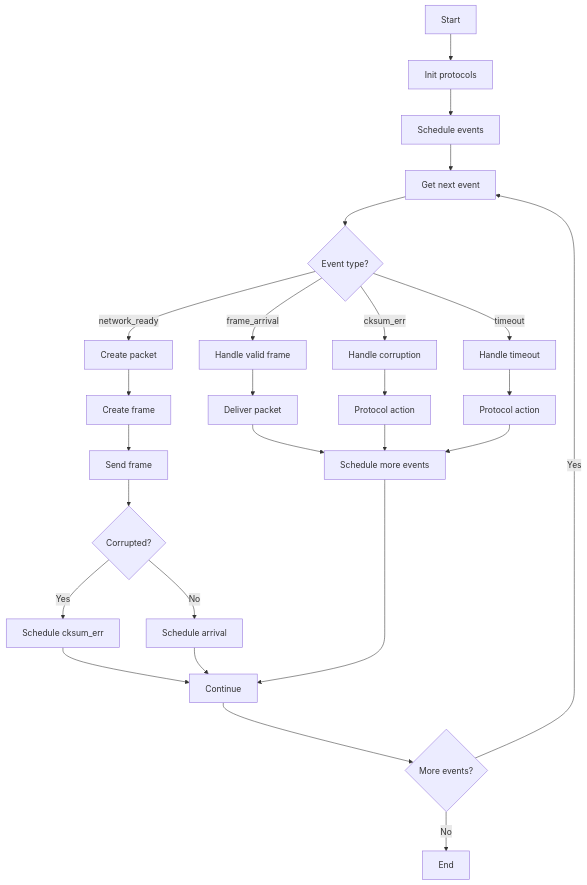
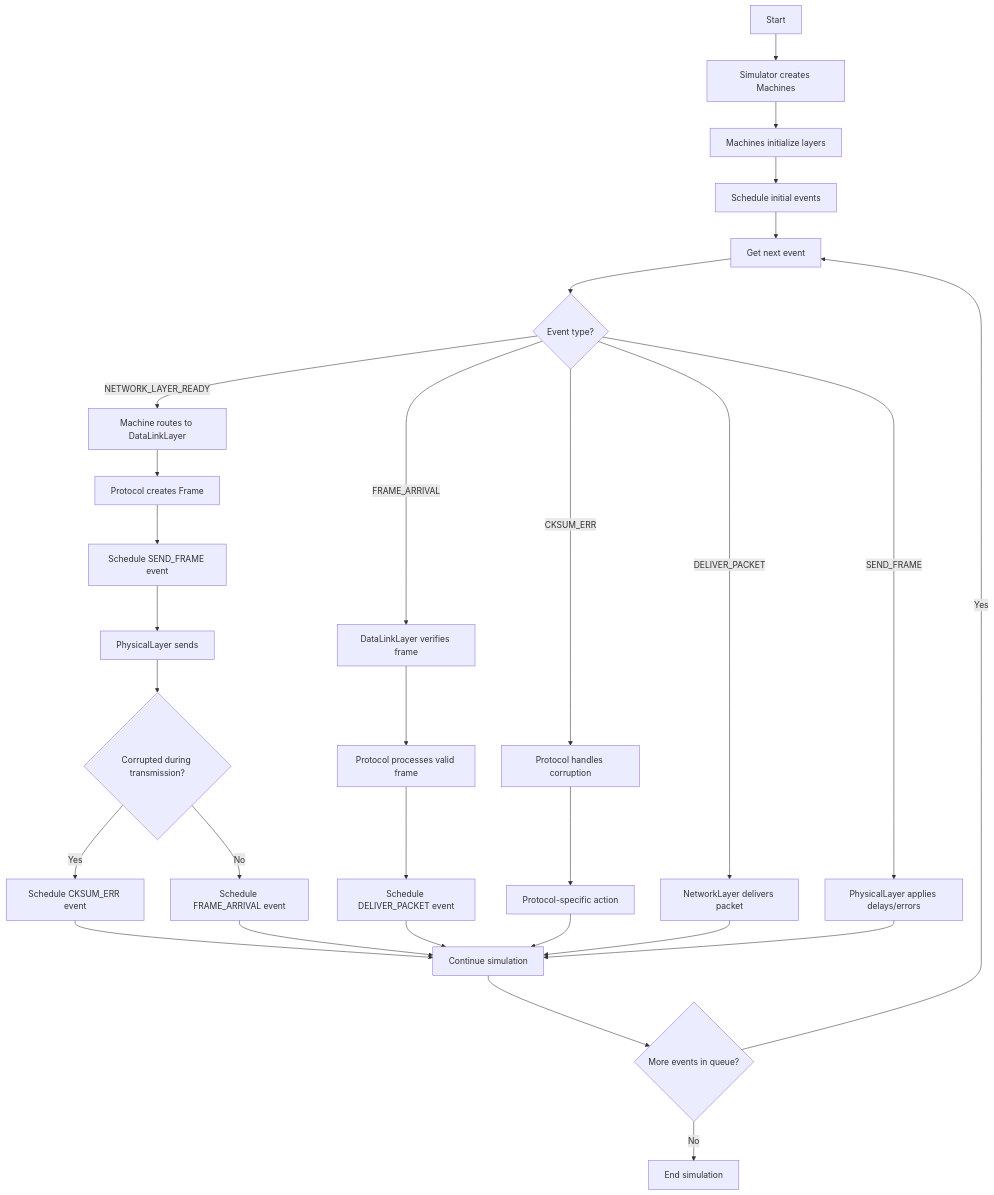
One commit to PavsTEC/network_simulator changed the first of 3 diagrams in README.md. Above: the diagram before and after it, drawn with Mermaid. The commit also changed other lines of this file, not shown here.

````diff
--- a/README.md
+++ b/README.md
@@ -19,34 +19,38 @@
 ```mermaid
 flowchart TD
-    A[Start] --> B[Init protocols]
-    B --> C[Schedule events]
-    C --> D[Get next event]
-    D --> E{Event type?}
+    A[Start] --> B[Simulator creates Machines]
+    B --> C[Machines initialize layers]
+    C --> D[Schedule initial events]
+    D --> E[Get next event]
+    E --> F{Event type?}
 
-    E -->|network_ready| F[Create packet]
-    F --> G[Create frame]
-    G --> H[Send frame]
-    H --> I{Corrupted?}
-    I -->|Yes| J[Schedule cksum_err]
-    I -->|No| K[Schedule arrival]
+    F -->|NETWORK_LAYER_READY| G[Machine routes to DataLinkLayer]
+    G --> H[Protocol creates Frame]
+    H --> I[Schedule SEND_FRAME event]
+    I --> J[PhysicalLayer sends]
+    J --> K{Corrupted during transmission?}
+    K -->|Yes| L[Schedule CKSUM_ERR event]
+    K -->|No| M[Schedule FRAME_ARRIVAL event]
 
-    E -->|frame_arrival| L[Handle valid frame]
-    L --> M[Deliver packet]
+    F -->|FRAME_ARRIVAL| N[DataLinkLayer verifies frame]
+    N --> O[Protocol processes valid frame]
+    O --> P[Schedule DELIVER_PACKET event]
 
-    E -->|cksum_err| N[Handle corruption]
-    N --> O[Protocol action]
+    F -->|CKSUM_ERR| Q[Protocol handles corruption]
+    Q --> R[Protocol-specific action]
 
-    E -->|timeout| P[Handle timeout]
-    P --> Q[Protocol action]
+    F -->|DELIVER_PACKET| S[NetworkLayer delivers packet]
 
-    J --> R[Continue]
-    K --> R
-    M --> S[Schedule more events]
-    O --> S
-    Q --> S
-    S --> R
+    F -->|SEND_FRAME| T[PhysicalLayer applies delays/errors]
 
-    R --> T{More events?}
-    T -->|Yes| D
-    T -->|No| U[End]
+    L --> U[Continue simulation]
+    M --> U
+    P --> U
+    R --> U
+    S --> U
+    T --> U
+
+    U --> V{More events in queue?}
+    V -->|Yes| E
+    V -->|No| W[End simulation]
 ```
````
